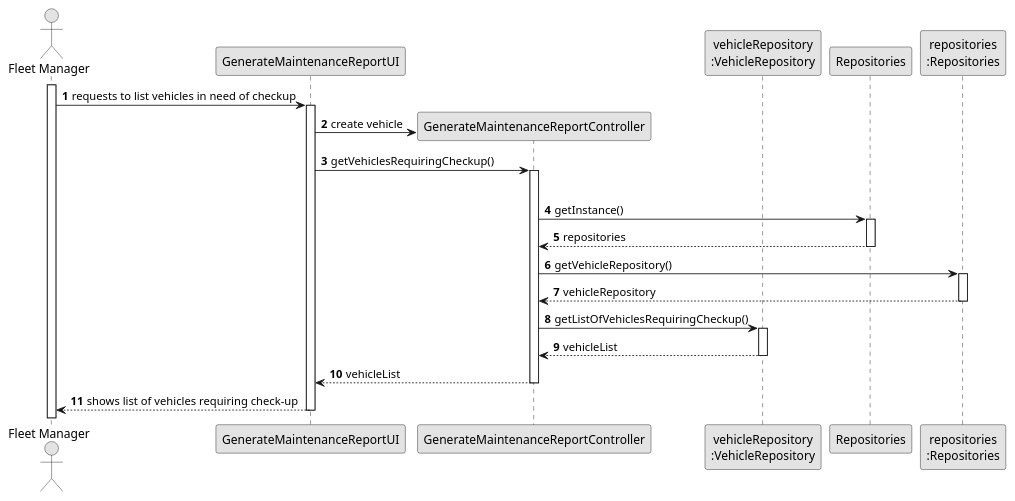
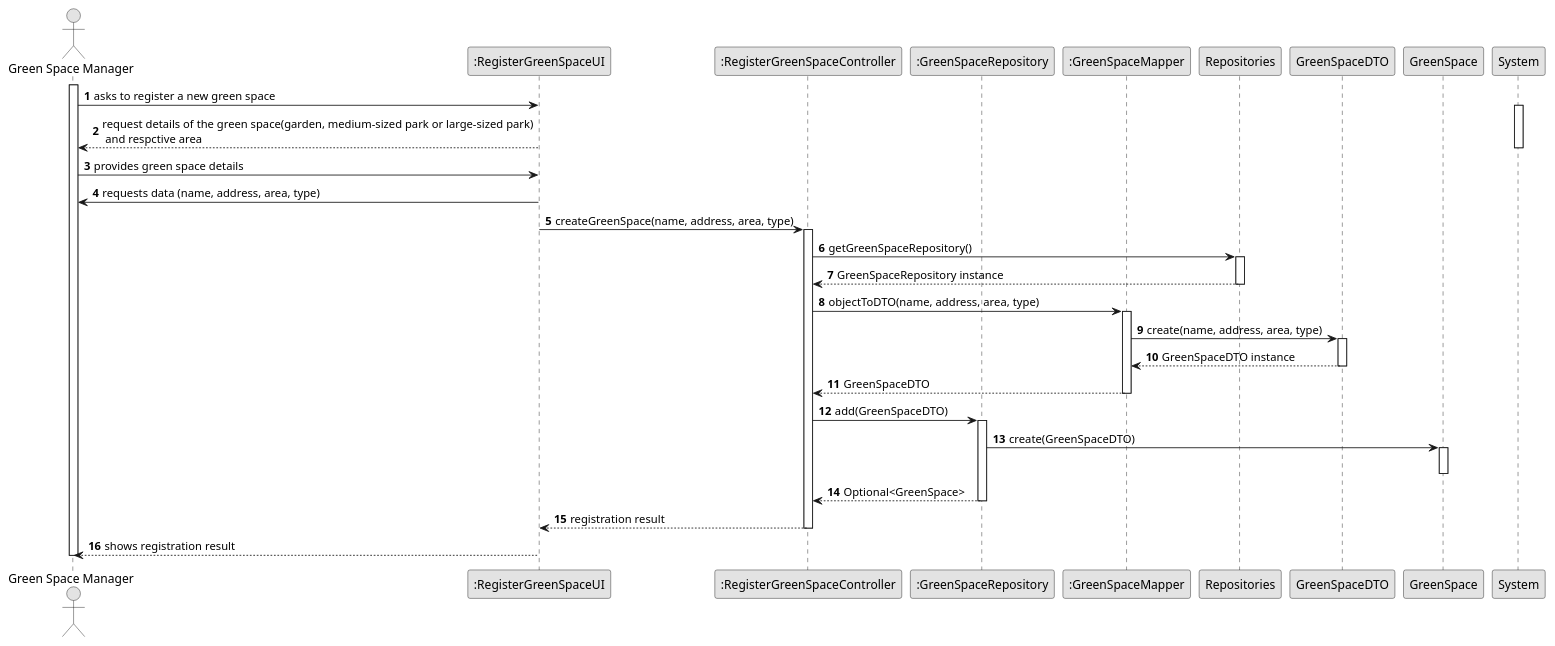
The diagram in docs/sprintC/us020/03.design/puml/us020-sequence-diagram-full.puml (Departamento-de-Engenharia-Informatica/lei-24-s2-1dkl-g134), drawn with PlantUML before and after one commit. The commit also changed 1 other file, not shown here.

Commit message:
US020 Class Diagram Full Update

```diff
--- a/docs/sprintC/us020/03.design/puml/us020-sequence-diagram-full.puml
+++ b/docs/sprintC/us020/03.design/puml/us020-sequence-diagram-full.puml
@@ -1,57 +1,69 @@
 @startuml
 skinparam monochrome true
 skinparam packageStyle rectangle
 skinparam shadowing false
 
 autonumber
 
-'hide footbox
-actor "Fleet Manager" as FM
-participant "GenerateMaintenanceReportUI" as UI
-participant "GenerateMaintenanceReportController" as CTRL
-participant "vehicleRepository\n:VehicleRepository" as VR
+actor "Green Space Manager" as GSM
+participant ":RegisterGreenSpaceUI" as UI
+participant ":RegisterGreenSpaceController" as CTRL
+participant ":GreenSpaceRepository" as REPO
+participant ":GreenSpaceMapper" as MAP
 participant "Repositories" as RepositorySingleton
-participant "repositories\n:Repositories" as PLAT
+participant "GreenSpaceDTO" as DTO
+participant "GreenSpace" as GS
+
+activate GSM
+    GSM -> "UI" : asks to register a new green space
+    activate System
 
 
-activate FM
+    UI --> GSM : request details of the green space(garden, medium-sized park or large-sized park)\n and respctive area
+    deactivate System
 
-        FM -> UI : requests to list vehicles in need of checkup
-
-        activate UI
-
-'            UI --> ADM : requests data (reference, description,  informal \n description, technical description, duration, cost)
-            'create CTRL
-
-            UI -> CTRL** : create vehicle
-
-            UI -> CTRL : getVehiclesRequiringCheckup()
-            activate CTRL
-
-                |||
-                    CTRL -> RepositorySingleton: getInstance()
-                    activate RepositorySingleton
-
-                    RepositorySingleton --> CTRL: repositories
-                    deactivate RepositorySingleton
-
-                    CTRL -> PLAT: getVehicleRepository()
-                    activate PLAT
-
-                        PLAT --> CTRL: vehicleRepository
-                    deactivate PLAT
-
-                CTRL -> VR: getListOfVehiclesRequiringCheckup()
-                activate VR
-
-                VR --> CTRL: vehicleList
-                deactivate VR
-
-                CTRL --> UI :vehicleList
-            deactivate CTRL
-
-            UI --> FM :  shows list of vehicles requiring check-up
-        deactivate UI
+    GSM -> UI : provides green space details
 
 
+UI -> GSM : requests data (name, address, area, type)
+deactivate UI
+UI -> CTRL : createGreenSpace(name, address, area, type)
+activate CTRL
+
+CTRL -> RepositorySingleton : getGreenSpaceRepository()
+activate RepositorySingleton
+
+RepositorySingleton --> CTRL : GreenSpaceRepository instance
+deactivate RepositorySingleton
+
+CTRL -> MAP : objectToDTO(name, address, area, type)
+activate MAP
+
+MAP -> DTO : create(name, address, area, type)
+activate DTO
+
+DTO --> MAP : GreenSpaceDTO instance
+deactivate DTO
+
+MAP --> CTRL : GreenSpaceDTO
+deactivate MAP
+
+CTRL -> REPO : add(GreenSpaceDTO)
+activate REPO
+
+REPO -> GS : create(GreenSpaceDTO)
+activate GS
+deactivate GS
+
+REPO --> CTRL : Optional<GreenSpace>
+deactivate REPO
+
+CTRL --> UI : registration result
+deactivate CTRL
+
+UI --> GSM : shows registration result
+deactivate UI
+
+deactivate GSM
+
 @enduml
```
